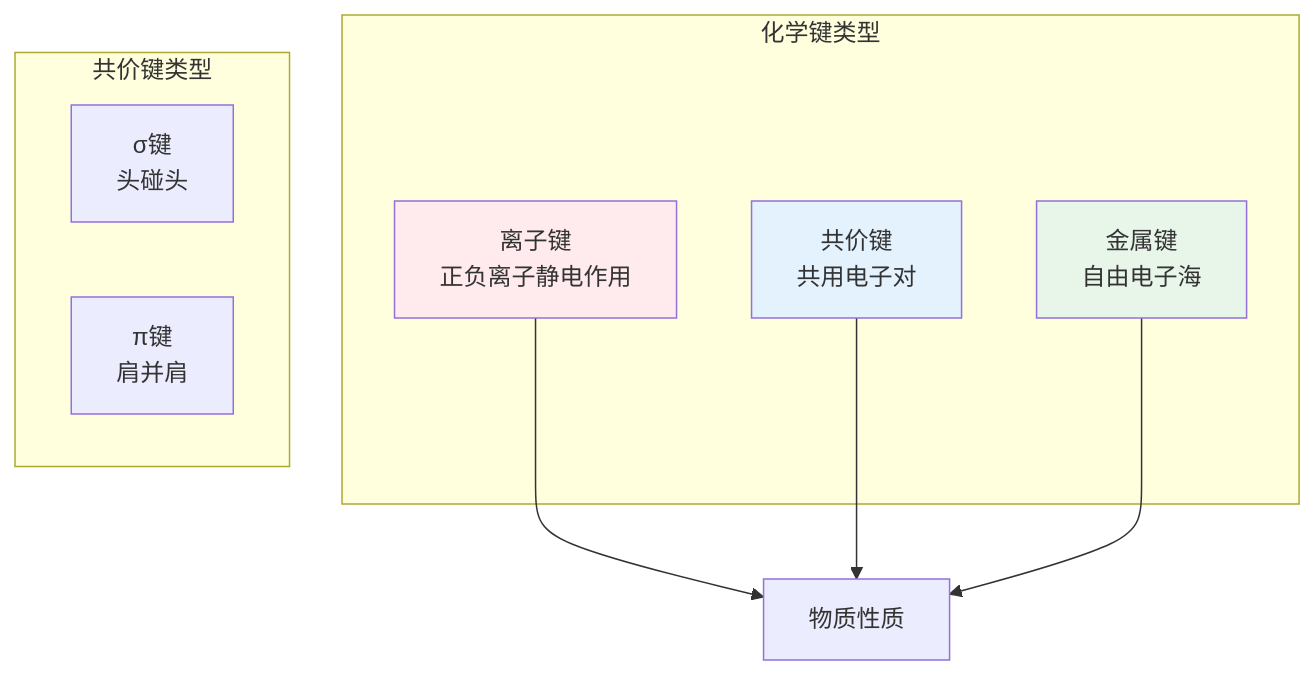
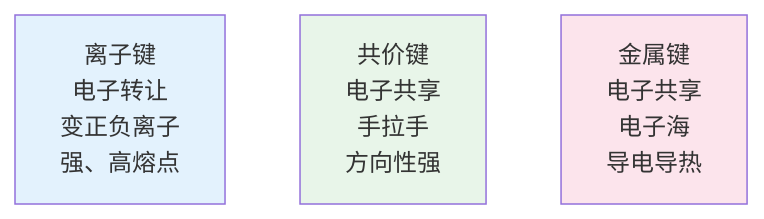
One commit to wxyClark/wxyClark.github.io changed the third of 8 diagrams in content/natural-sciences/chemistry/index.md. Above: the diagram before and after it, drawn with Mermaid. The commit also changed other lines of this file and 11 other files, not shown here.

````diff
--- a/content/natural-sciences/chemistry/index.md
+++ b/content/natural-sciences/chemistry/index.md
@@ -80,19 +67,10 @@
 ```mermaid
 flowchart TD
-    subgraph 化学键类型
-        I[离子键<br/>正负离子静电作用]
-        C[共价键<br/>共用电子对]
-        M[金属键<br/>自由电子海]
-    end
+    B1[离子键<br/>电子转让<br/>变正负离子<br/>强、高熔点] 
+    B2[共价键<br/>电子共享<br/>手拉手<br/>方向性强] 
+    B3[金属键<br/>电子共享<br/>电子海<br/>导电导热] 
     
-    subgraph 共价键类型
-        S1[σ键<br/>头碰头]
-        S2[π键<br/>肩并肩]
-    end
-    
-    I & C & M --> 物质性质
-    
-    style I fill:#ffebee
-    style C fill:#e3f2fd
-    style M fill:#e8f5e9
+    style B1 fill:#e3f2fd
+    style B2 fill:#e8f5e9
+    style B3 fill:#fce4ec
 ```
````
